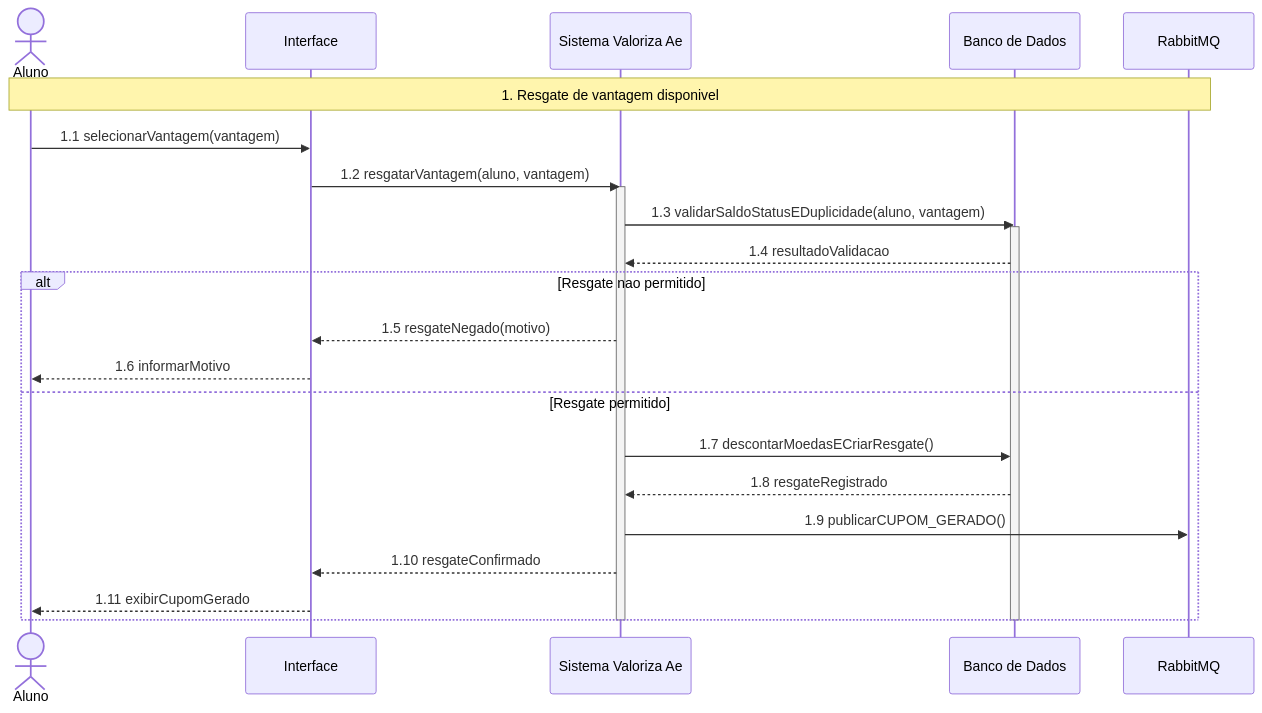
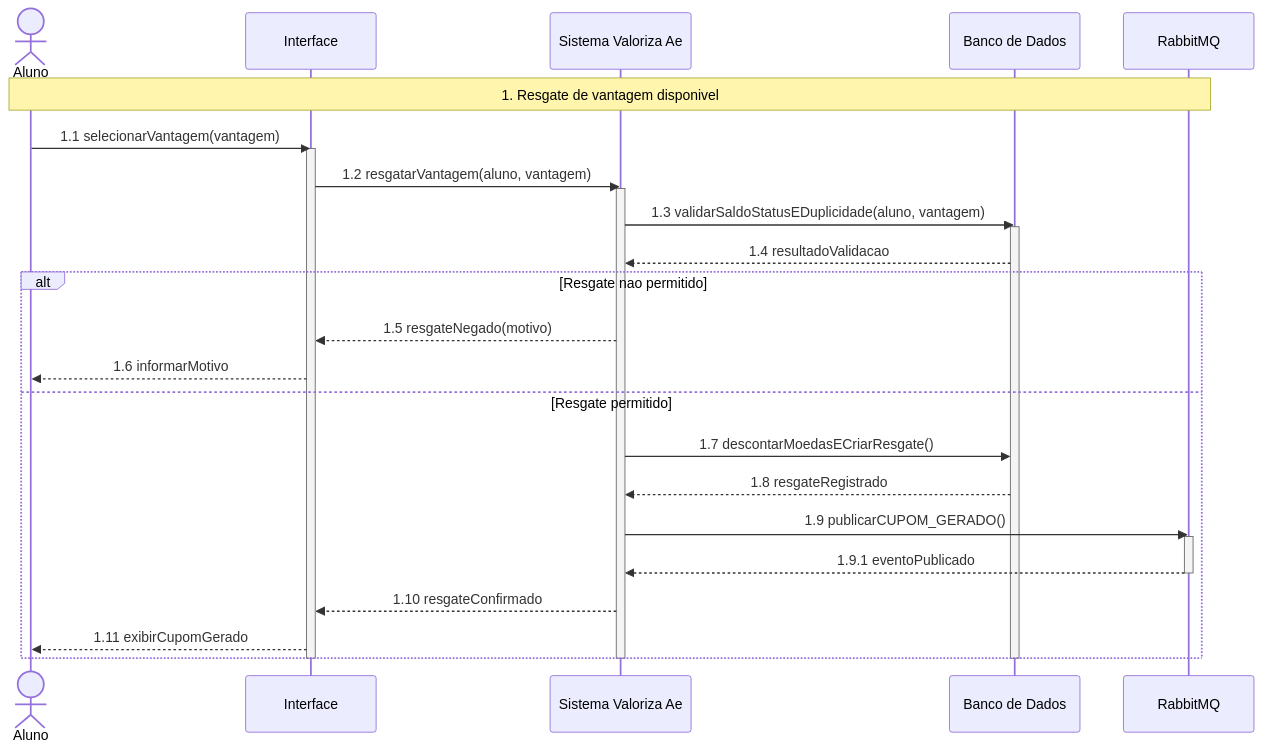
One commit to Pedroh26ES/Sistema-De-Moedas-Java changed the diagram in Artefatos/DiagramaDeSequencia/DiagramaDeSequencia-RF-07-resgate-vantagem.md. Above: the diagram before and after it, drawn with Mermaid. The commit also changed 17 other files, not shown here.

````diff
--- a/Artefatos/DiagramaDeSequencia/DiagramaDeSequencia-RF-07-resgate-vantagem.md
+++ b/Artefatos/DiagramaDeSequencia/DiagramaDeSequencia-RF-07-resgate-vantagem.md
@@ -9,28 +9,33 @@
 ```mermaid
 sequenceDiagram
     actor Aluno
     participant Interface
     participant Sistema as Sistema Valoriza Ae
     participant DB as Banco de Dados
     participant Fila as RabbitMQ
 
     Note over Aluno,Fila: 1. Resgate de vantagem disponivel
     Aluno->>Interface: 1.1 selecionarVantagem(vantagem)
+    activate Interface
     Interface->>Sistema: 1.2 resgatarVantagem(aluno, vantagem)
     activate Sistema
     Sistema->>DB: 1.3 validarSaldoStatusEDuplicidade(aluno, vantagem)
     activate DB
     DB-->>Sistema: 1.4 resultadoValidacao
     alt Resgate nao permitido
         Sistema-->>Interface: 1.5 resgateNegado(motivo)
         Interface-->>Aluno: 1.6 informarMotivo
     else Resgate permitido
         Sistema->>DB: 1.7 descontarMoedasECriarResgate()
         DB-->>Sistema: 1.8 resgateRegistrado
         Sistema->>Fila: 1.9 publicarCUPOM_GERADO()
+        activate Fila
+        Fila-->>Sistema: 1.9.1 eventoPublicado
+        deactivate Fila
         Sistema-->>Interface: 1.10 resgateConfirmado
         Interface-->>Aluno: 1.11 exibirCupomGerado
     end
     deactivate DB
     deactivate Sistema
+    deactivate Interface
 ```
````
